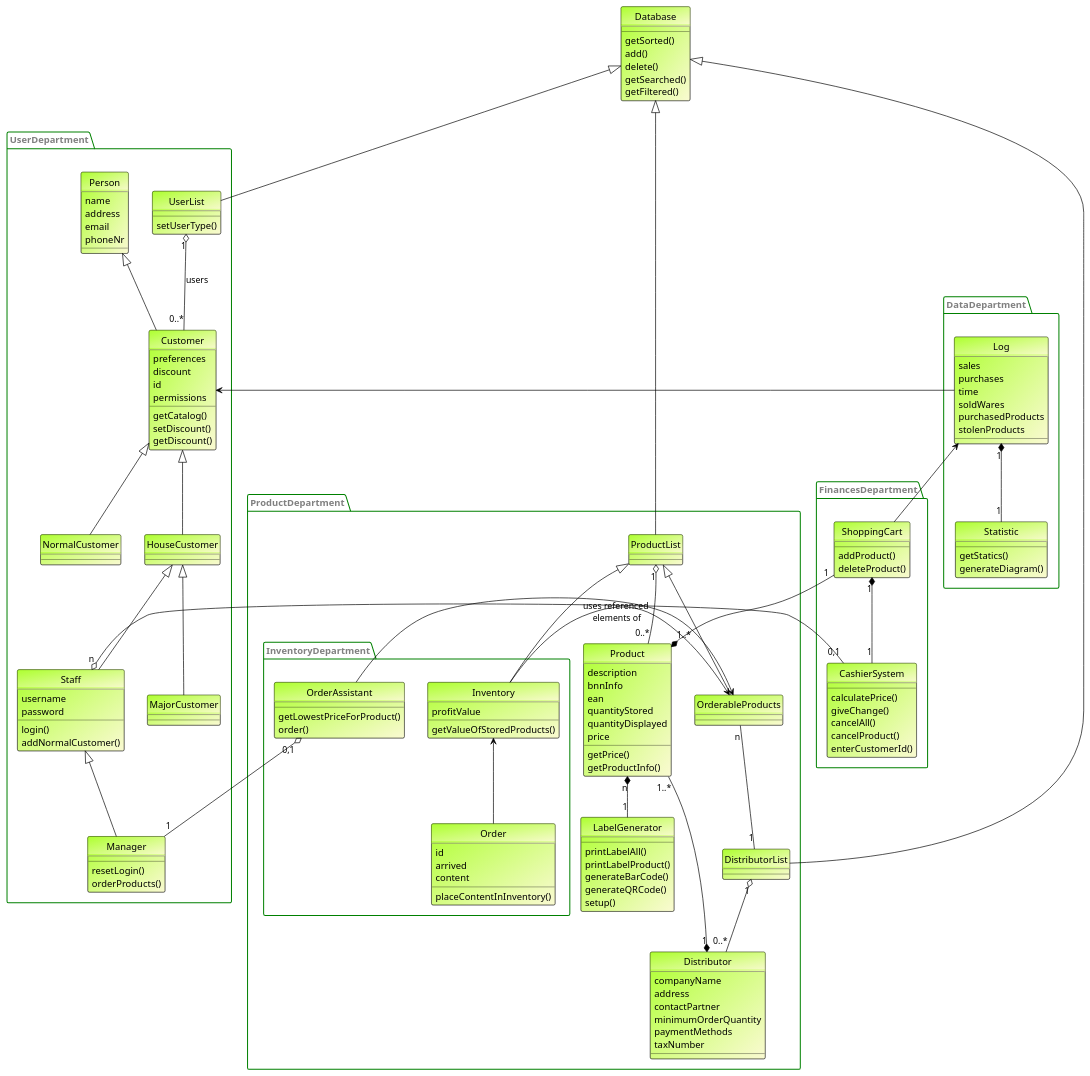
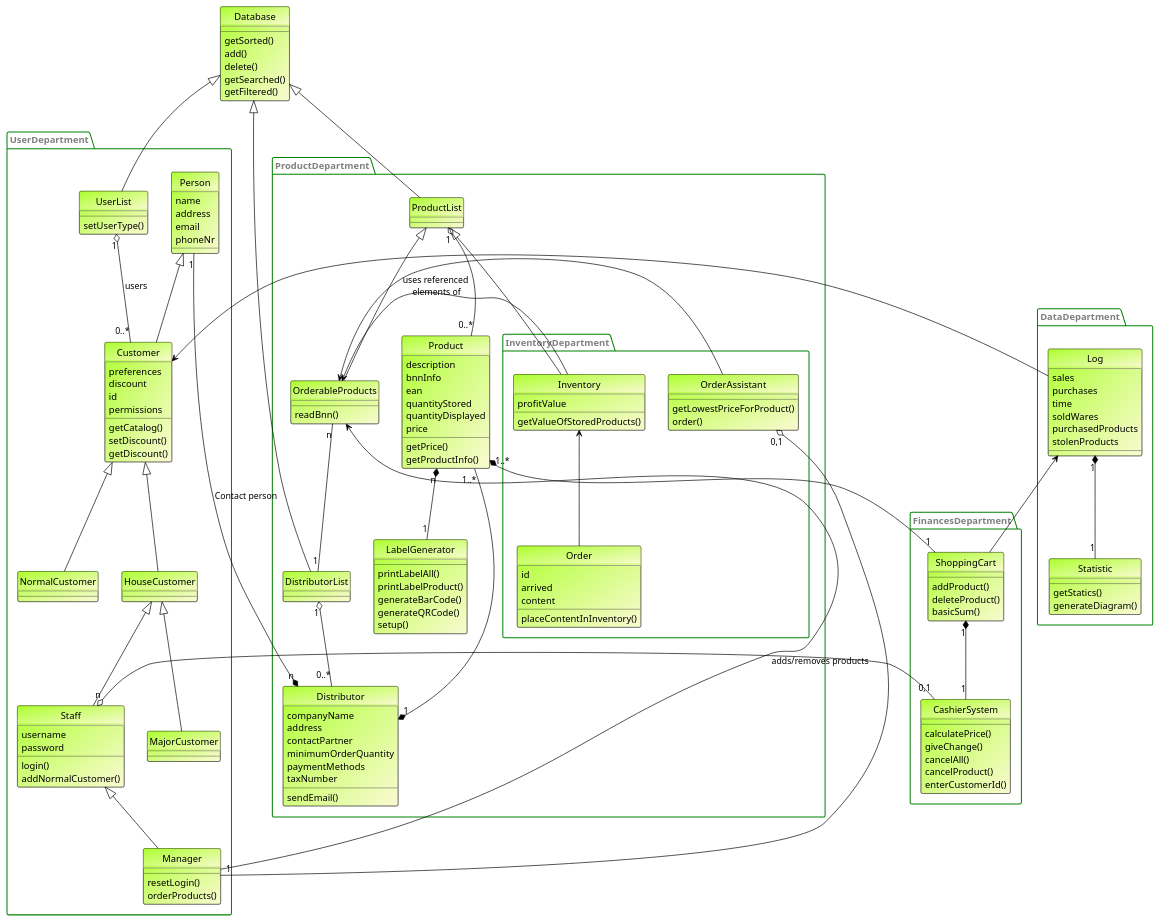
The diagram in src/main/asciidoc/models/analysis/ClassAnalysisDiagram.puml (LimitlessGreen/swt18w43), drawn with PlantUML before and after one commit. The commit also changed 8 other files, not shown here.

Commit message:
[Sequencediagrams] added and improved

```diff
--- a/src/main/asciidoc/models/analysis/ClassAnalysisDiagram.puml
+++ b/src/main/asciidoc/models/analysis/ClassAnalysisDiagram.puml
@@ -114,7 +114,7 @@
     }
 
     class OrderableProducts{
-
+        readBnn()
     }
 
     class LabelGenerator{
@@ -133,6 +133,8 @@
         minimumOrderQuantity
         paymentMethods
         taxNumber
+
+        sendEmail()
     }
 
     OrderableProducts "n" -- "1" DistributorList
@@ -213,6 +215,7 @@
     class ShoppingCart{
         addProduct()
         deleteProduct()
+        basicSum()
 
     }
 
@@ -235,5 +238,7 @@
 }
 Staff "n" o-- "0,1" CashierSystem
 Inventory --> OrderableProducts: uses referenced \nelements of
+Manager -up-> OrderableProducts: adds/removes products
+Distributor "n" *-down- "1" Person: Contact person
 
 @enduml
```
